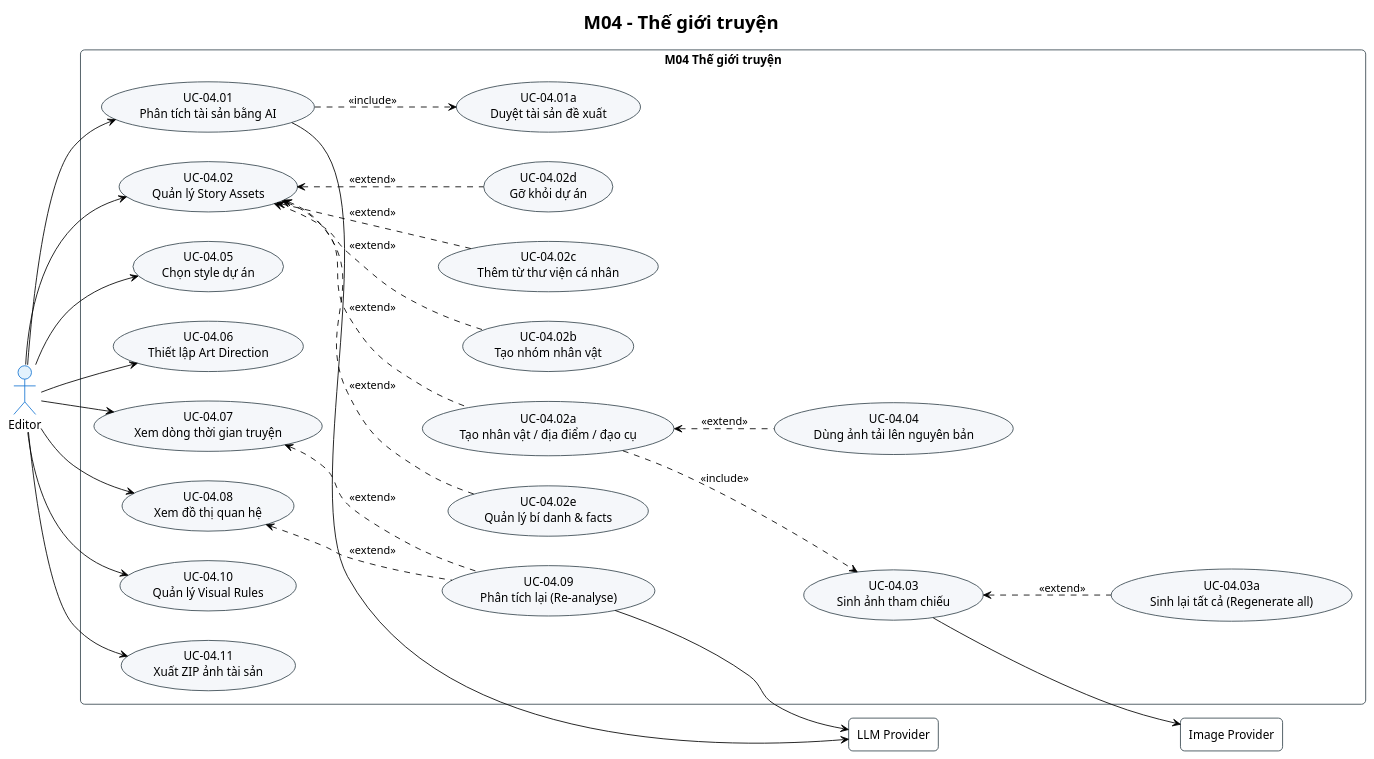
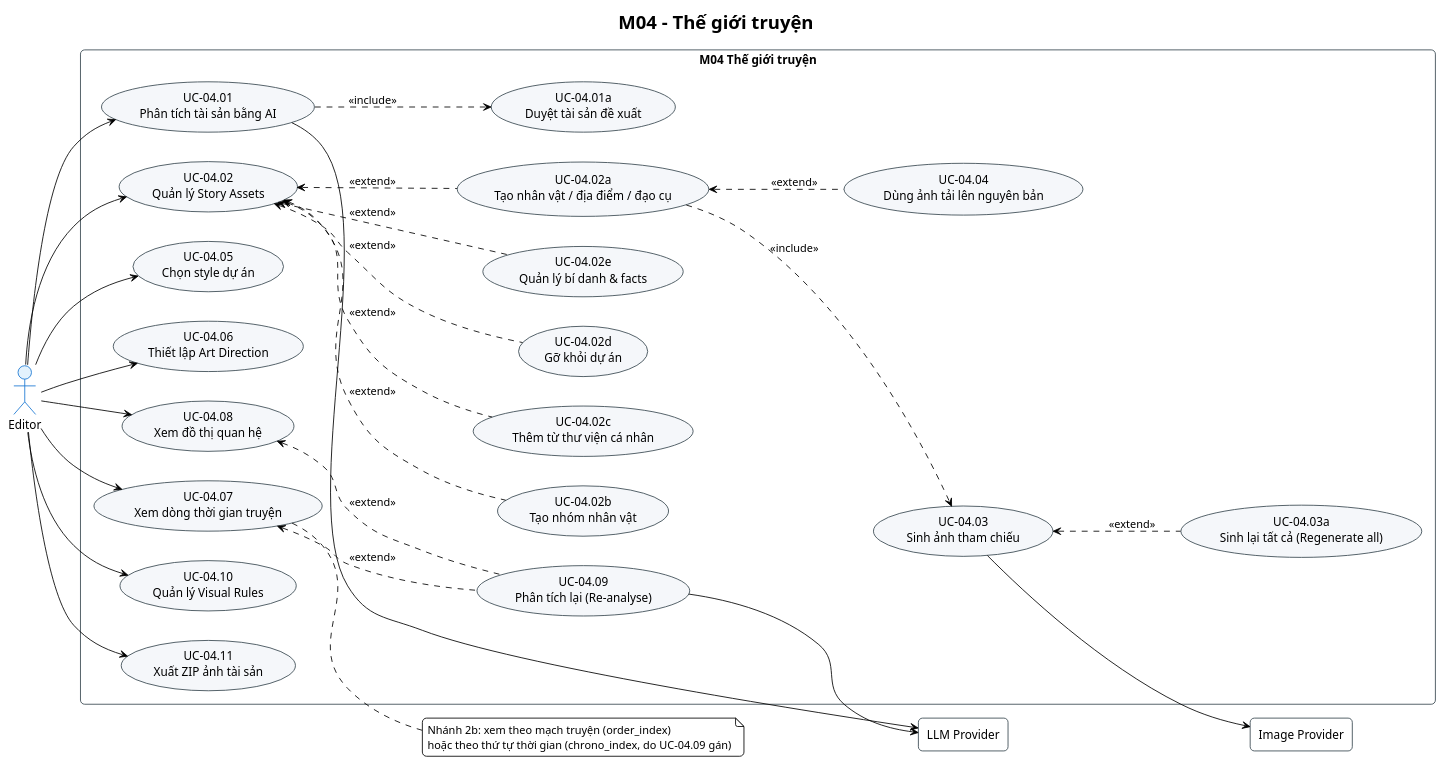
One commit to 202416852-anhpv/story2video-docs changed the diagram in demo-c2story/so-do/01-use-case/phan-ra/uc-m04-the-gioi-truyen.puml. Above: the diagram before and after it, drawn with PlantUML. The commit also changed 25 other files, not shown here.

```diff
--- a/demo-c2story/so-do/01-use-case/phan-ra/uc-m04-the-gioi-truyen.puml
+++ b/demo-c2story/so-do/01-use-case/phan-ra/uc-m04-the-gioi-truyen.puml
@@ -1,66 +1,70 @@
 @startuml UC_M04_TheGioi
 !theme plain
 skinparam defaultFontName "Segoe UI"
 skinparam roundCorner 10
 skinparam actor {
     BackgroundColor #E3F2FD
     BorderColor #1976D2
 }
 skinparam usecase {
     BackgroundColor #F5F7FA
     BorderColor #37474F
 }
 skinparam rectangle {
     BorderColor #37474F
 }
 left to right direction
 title M04 - Thế giới truyện
 
 actor "Editor" as Editor
 
 rectangle "M04 Thế giới truyện" {
     usecase "UC-04.01\nPhân tích tài sản bằng AI" as UC1
     usecase "UC-04.01a\nDuyệt tài sản đề xuất" as UC1a
     usecase "UC-04.02\nQuản lý Story Assets" as UC2
     usecase "UC-04.02a\nTạo nhân vật / địa điểm / đạo cụ" as UC2a
     usecase "UC-04.02b\nTạo nhóm nhân vật" as UC2b
     usecase "UC-04.02c\nThêm từ thư viện cá nhân" as UC2c
     usecase "UC-04.02d\nGỡ khỏi dự án" as UC2d
     usecase "UC-04.02e\nQuản lý bí danh & facts" as UC2e
     usecase "UC-04.03\nSinh ảnh tham chiếu" as UC3
     usecase "UC-04.03a\nSinh lại tất cả (Regenerate all)" as UC3a
     usecase "UC-04.04\nDùng ảnh tải lên nguyên bản" as UC4
     usecase "UC-04.05\nChọn style dự án" as UC5
     usecase "UC-04.06\nThiết lập Art Direction" as UC6
     usecase "UC-04.07\nXem dòng thời gian truyện" as UC7
     usecase "UC-04.08\nXem đồ thị quan hệ" as UC8
     usecase "UC-04.09\nPhân tích lại (Re-analyse)" as UC9
     usecase "UC-04.10\nQuản lý Visual Rules" as UC10
     usecase "UC-04.11\nXuất ZIP ảnh tài sản" as UC11
 }
 rectangle "LLM Provider" as LLM
 rectangle "Image Provider" as IMG
 
 Editor --> UC1
 Editor --> UC2
 Editor --> UC5
 Editor --> UC6
 Editor --> UC7
 Editor --> UC8
 Editor --> UC10
 Editor --> UC11
 UC1 ..> UC1a : <<include>>
 UC2 <.. UC2a : <<extend>>
 UC2 <.. UC2b : <<extend>>
 UC2 <.. UC2c : <<extend>>
 UC2 <.. UC2d : <<extend>>
 UC2 <.. UC2e : <<extend>>
 UC2a ..> UC3 : <<include>>
 UC2a <.. UC4 : <<extend>>
 UC3 <.. UC3a : <<extend>>
 UC7 <.. UC9 : <<extend>>
 UC8 <.. UC9 : <<extend>>
 UC1 --> LLM
 UC9 --> LLM
 UC3 --> IMG
+note right of UC7
+  Nhánh 2b: xem theo mạch truyện (order_index)
+  hoặc theo thứ tự thời gian (chrono_index, do UC-04.09 gán)
+end note
 @enduml
```
